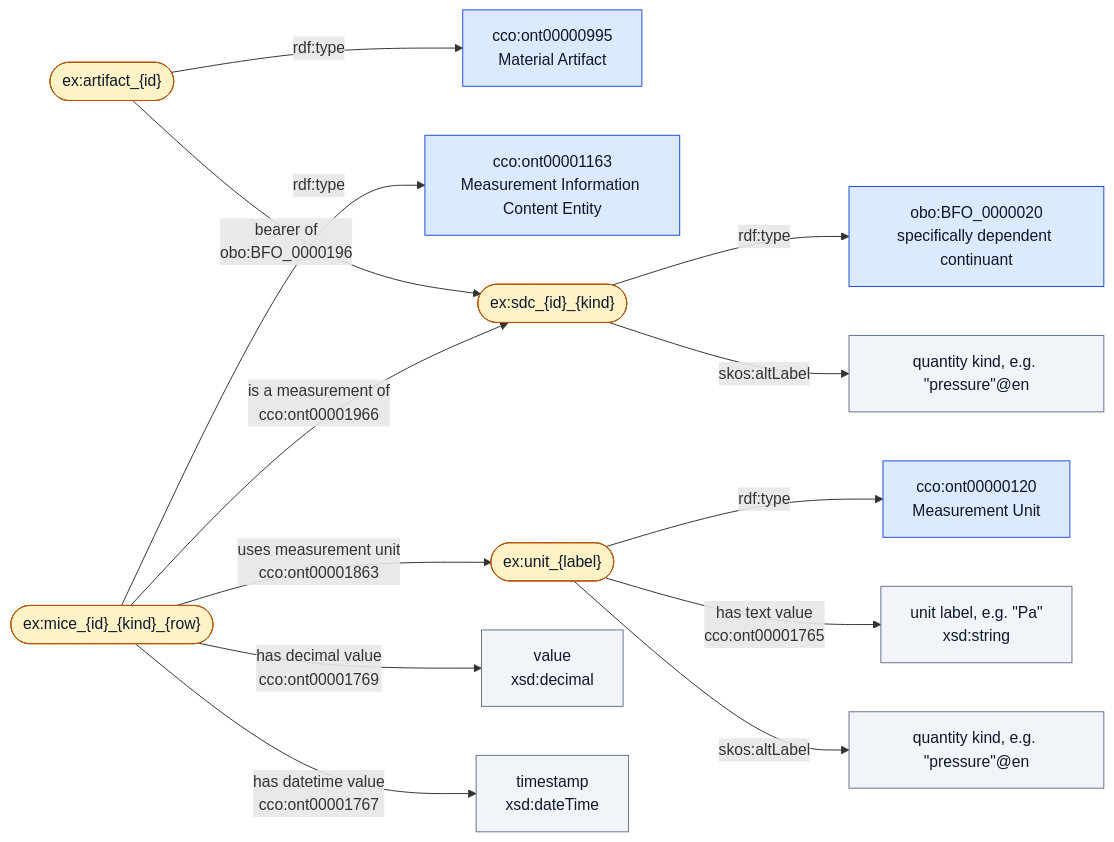
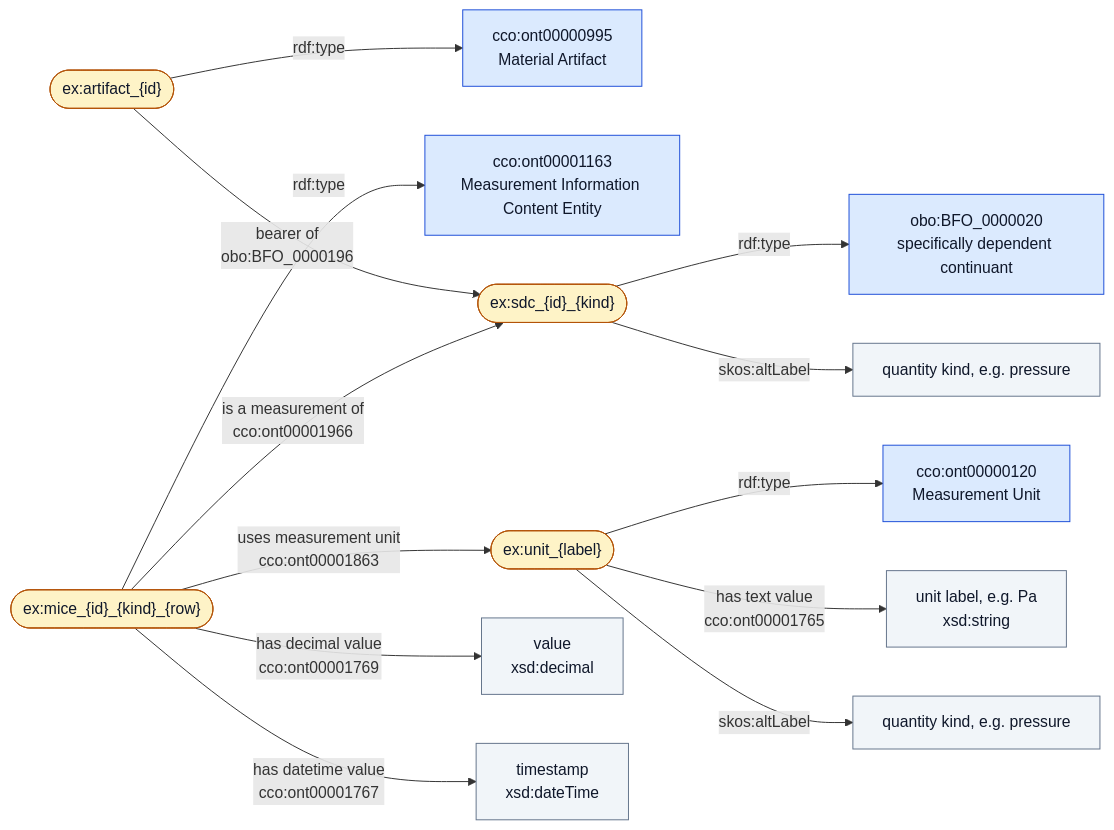
Before and after one commit to John-D-4/Ontology-Tradecraft: the first of 2 diagrams in projects/project-4/assignment/README.md, drawn with Mermaid. The commit also changed other lines of this file, not shown here.

````diff
--- a/projects/project-4/assignment/README.md
+++ b/projects/project-4/assignment/README.md
@@ -11,36 +11,36 @@
 ```mermaid
 flowchart LR
   ART["cco:ont00000995<br/>Material Artifact"]:::cls
   SDC["obo:BFO_0000020<br/>specifically dependent continuant"]:::cls
   MICE["cco:ont00001163<br/>Measurement Information Content Entity"]:::cls
   MU["cco:ont00000120<br/>Measurement Unit"]:::cls
 
   a(["ex:artifact_{id}"]):::inst
   s(["ex:sdc_{id}_{kind}"]):::inst
   m(["ex:mice_{id}_{kind}_{row}"]):::inst
   u(["ex:unit_{label}"]):::inst
 
   v["value<br/>xsd:decimal"]:::lit
   t["timestamp<br/>xsd:dateTime"]:::lit
-  ul["unit label, e.g. &quot;Pa&quot;<br/>xsd:string"]:::lit
-  sk["quantity kind, e.g. &quot;pressure&quot;@en"]:::lit
-  uk["quantity kind, e.g. &quot;pressure&quot;@en"]:::lit
+  ul["unit label, e.g. Pa<br/>xsd:string"]:::lit
+  sk["quantity kind, e.g. pressure"]:::lit
+  uk["quantity kind, e.g. pressure"]:::lit
 
   a -->|rdf:type| ART
   s -->|rdf:type| SDC
   m -->|rdf:type| MICE
   u -->|rdf:type| MU
 
   a -->|"bearer of<br/>obo:BFO_0000196"| s
   m -->|"is a measurement of<br/>cco:ont00001966"| s
   m -->|"uses measurement unit<br/>cco:ont00001863"| u
   m -->|"has decimal value<br/>cco:ont00001769"| v
   m -->|"has datetime value<br/>cco:ont00001767"| t
   u -->|"has text value<br/>cco:ont00001765"| ul
   s -->|skos:altLabel| sk
   u -->|skos:altLabel| uk
 
   classDef cls fill:#dbeafe,stroke:#1d4ed8,color:#0f172a
   classDef inst fill:#fef3c7,stroke:#b45309,color:#0f172a
   classDef lit fill:#f1f5f9,stroke:#64748b,color:#0f172a
 ```
````
